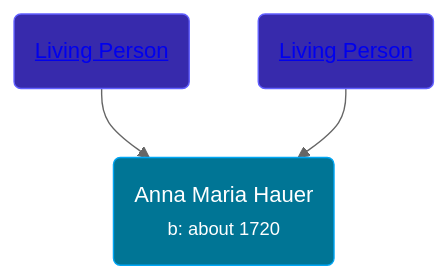
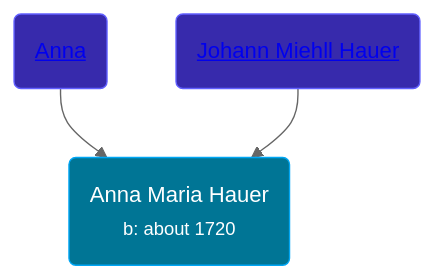
One commit to wpmgotkh/wpmgotkh.github.io changed the diagram in pages/people/2/22963774.md. Above: the diagram before and after it, drawn with Mermaid (neutral theme). The commit also changed other lines of this file and 586 other files, not shown here.

Commit message:
feat: better shouldConsiderPersonLiving algo

````diff
--- a/pages/people/2/22963774.md
+++ b/pages/people/2/22963774.md
@@ -10,9 +10,9 @@
 ```mermaid
 graph
 classDef grands fill:#193cb8,stroke:#2b7fff,stroke-width:1px,color:#fff;
 classDef parents fill:#372aac,stroke:#615fff,stroke-width:1px,color:#fff;
 classDef primary fill:#007595,stroke:#00a6f4,stroke-width:1px,color:#fff;
 22963774(Anna Maria Hauer<br /><small>b: about 1720</small>):::primary
-46044031(<a class="text-white" href="/people/4/46044031">Living Person</a>):::parents-->22963774
-22920858(<a class="text-white" href="/people/2/22920858">Living Person</a>):::parents-->22963774
+46044031(<a class="text-white" href="/people/4/46044031">Anna </a>):::parents-->22963774
+22920858(<a class="text-white" href="/people/2/22920858">Johann Miehll Hauer</a>):::parents-->22963774
 ```
````
